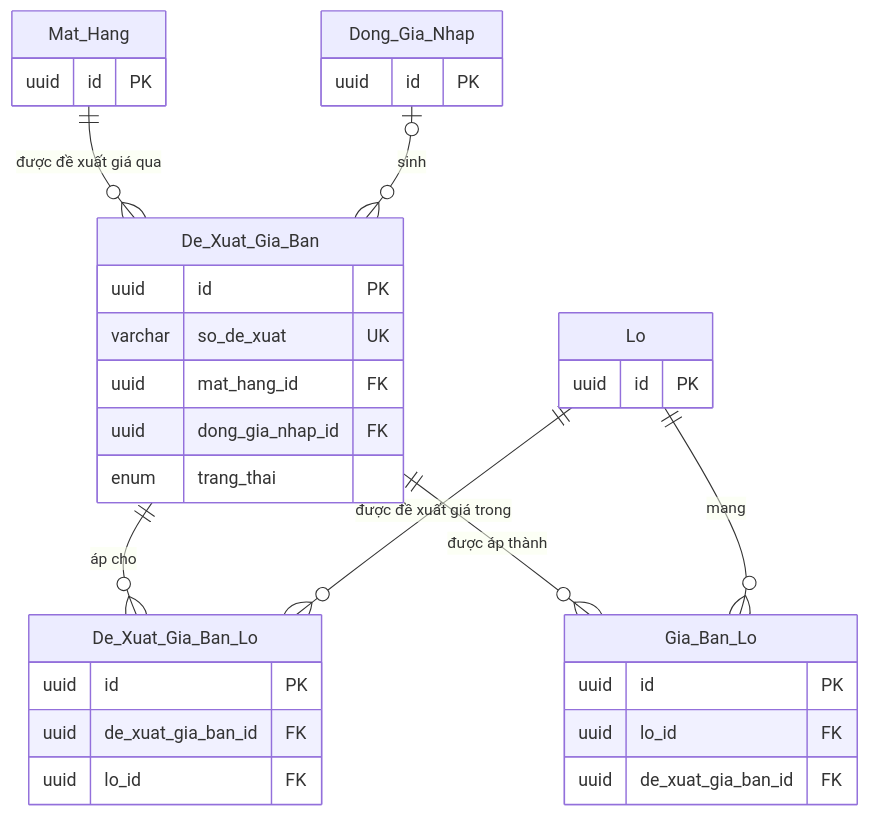
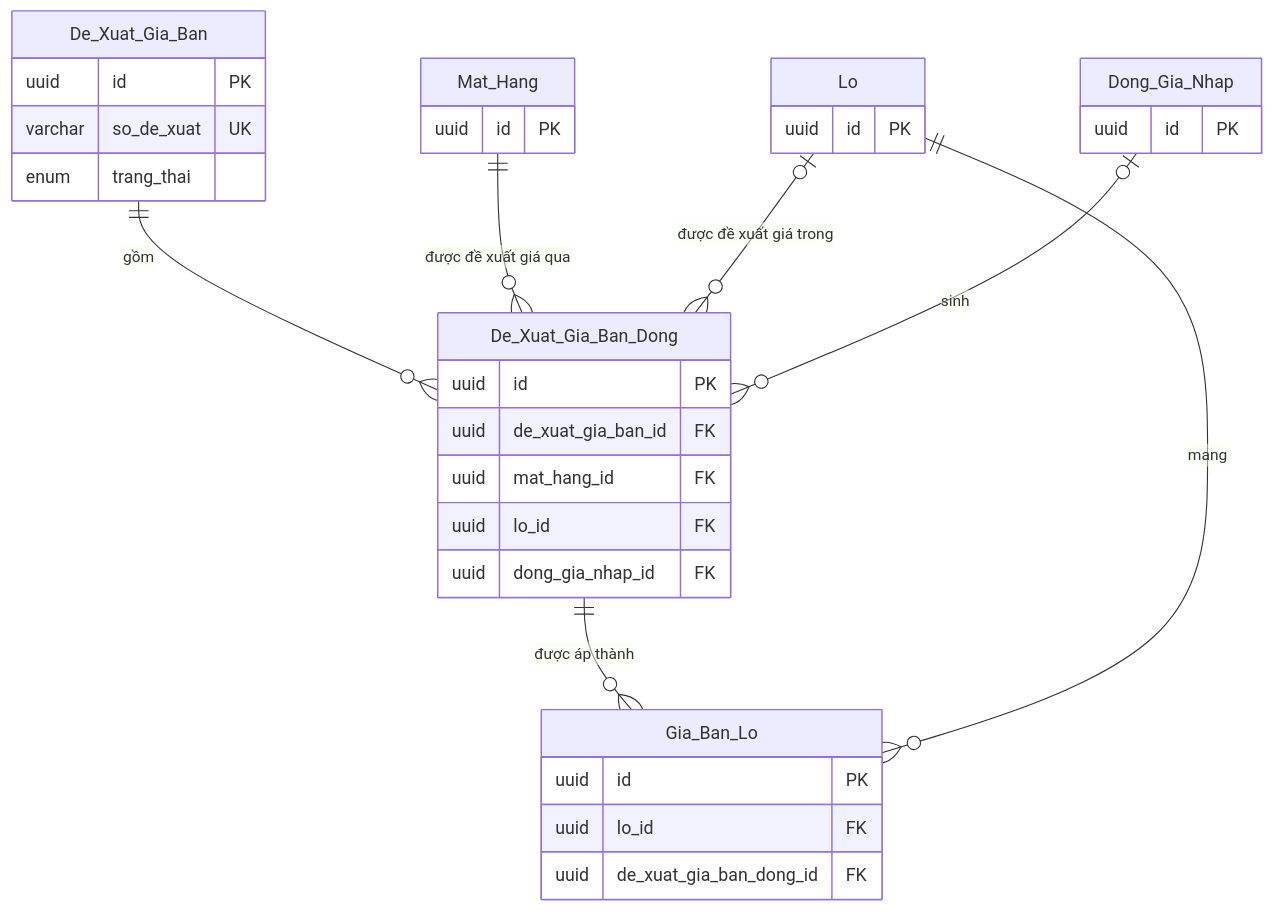
Before and after one commit to phongnq12/StudyPM3: the fifth of 8 diagrams in 2-ba-overview/3-erd/ERD_PM3CSCN_QuanLyKhoCangTin_v02.md, drawn with Mermaid. The commit also changed other lines of this file, not shown here.

First line of the commit message:
spec(du-an/3-erd): bổ sung theo lớp 5

````diff
--- a/2-ba-overview/3-erd/ERD_PM3CSCN_QuanLyKhoCangTin_v02.md
+++ b/2-ba-overview/3-erd/ERD_PM3CSCN_QuanLyKhoCangTin_v02.md
@@ -310,35 +311,35 @@
 ```mermaid
 erDiagram
-    Mat_Hang ||--o{ De_Xuat_Gia_Ban : "được đề xuất giá qua"
-    Dong_Gia_Nhap |o--o{ De_Xuat_Gia_Ban : "sinh"
-    De_Xuat_Gia_Ban ||--o{ De_Xuat_Gia_Ban_Lo : "áp cho"
-    Lo ||--o{ De_Xuat_Gia_Ban_Lo : "được đề xuất giá trong"
-    De_Xuat_Gia_Ban ||--o{ Gia_Ban_Lo : "được áp thành"
+    De_Xuat_Gia_Ban ||--o{ De_Xuat_Gia_Ban_Dong : "gồm"
+    Mat_Hang ||--o{ De_Xuat_Gia_Ban_Dong : "được đề xuất giá qua"
+    Lo |o--o{ De_Xuat_Gia_Ban_Dong : "được đề xuất giá trong"
+    Dong_Gia_Nhap |o--o{ De_Xuat_Gia_Ban_Dong : "sinh"
+    De_Xuat_Gia_Ban_Dong ||--o{ Gia_Ban_Lo : "được áp thành"
     Lo ||--o{ Gia_Ban_Lo : "mang"
     De_Xuat_Gia_Ban {
         uuid id PK
         varchar so_de_xuat UK
-        uuid mat_hang_id FK
-        uuid dong_gia_nhap_id FK
         enum trang_thai
     }
-    De_Xuat_Gia_Ban_Lo {
+    De_Xuat_Gia_Ban_Dong {
         uuid id PK
         uuid de_xuat_gia_ban_id FK
+        uuid mat_hang_id FK
         uuid lo_id FK
+        uuid dong_gia_nhap_id FK
     }
     Gia_Ban_Lo {
         uuid id PK
         uuid lo_id FK
-        uuid de_xuat_gia_ban_id FK
+        uuid de_xuat_gia_ban_dong_id FK
     }
     Mat_Hang {
         uuid id PK
     }
     Dong_Gia_Nhap {
         uuid id PK
     }
     Lo {
         uuid id PK
     }
 ```
````
